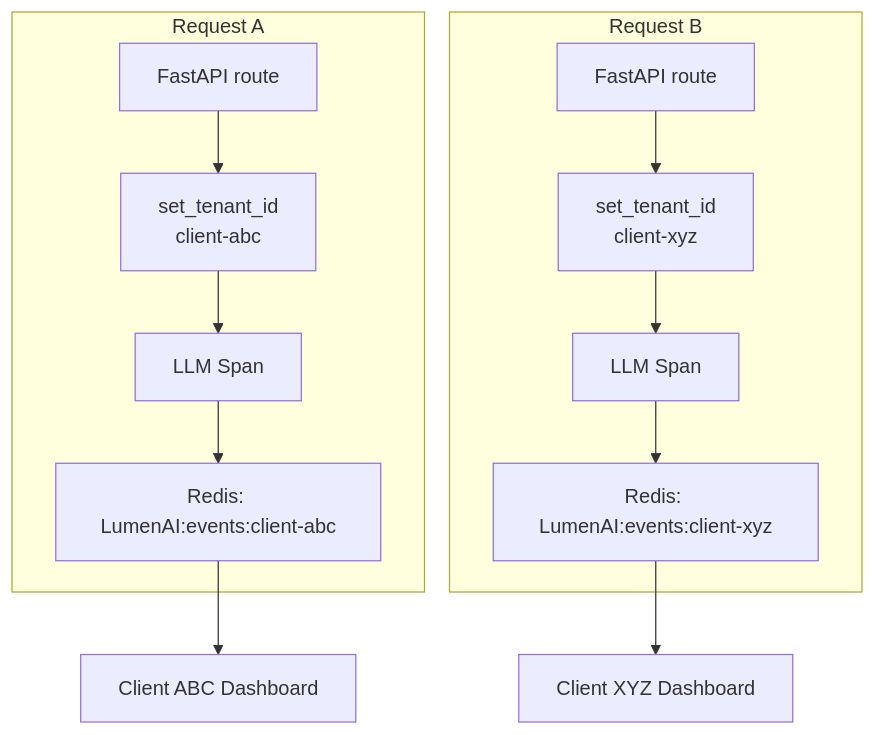
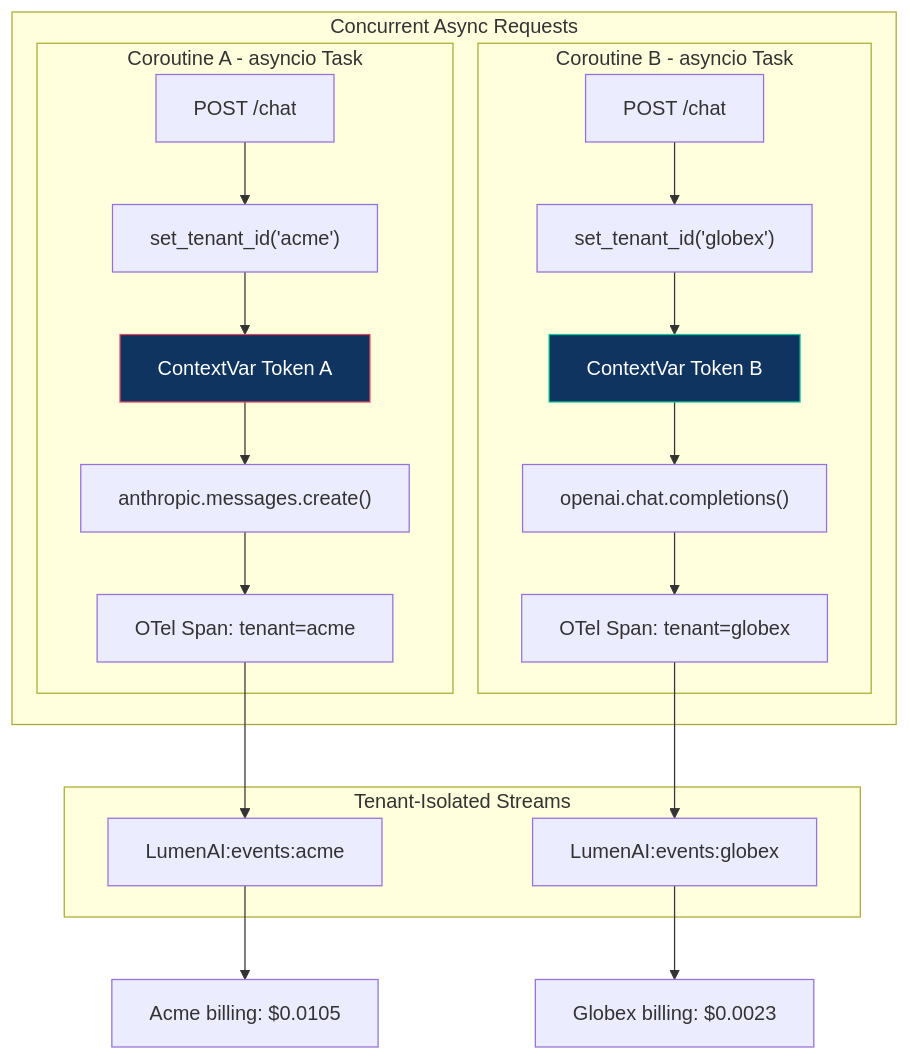
One commit to skarL007/-lumen-ai-sdk changed the third of 5 diagrams in packages/lumen-ai-celery/README.md. Above: the diagram before and after it, drawn with Mermaid. The commit also changed other lines of this file and 3 other files, not shown here.

Commit message:
docs: update README — PyPI live, technical diagrams, fix outdated sections

````diff
--- a/packages/lumen-ai-celery/README.md
+++ b/packages/lumen-ai-celery/README.md
@@ -146,19 +157,29 @@
 ```mermaid
 graph TD
-    subgraph "Request A"
-        A1["FastAPI route"] --> A2["set_tenant_id
-        client-abc"]
-        A2 --> A3["LLM Span"]
-        A3 --> A4["Redis: LumenAI:events:client-abc"]
+    subgraph "Concurrent Async Requests"
+        subgraph "Coroutine A - asyncio Task"
+            A1["POST /chat"] --> A2["set_tenant_id('acme')"]
+            A2 --> A3["ContextVar Token A"]
+            A3 --> A4["anthropic.messages.create()"]
+            A4 --> A5["OTel Span: tenant=acme"]
+        end
+
+        subgraph "Coroutine B - asyncio Task"
+            B1["POST /chat"] --> B2["set_tenant_id('globex')"]
+            B2 --> B3["ContextVar Token B"]
+            B3 --> B4["openai.chat.completions()"]
+            B4 --> B5["OTel Span: tenant=globex"]
+        end
     end
 
-    subgraph "Request B"
-        B1["FastAPI route"] --> B2["set_tenant_id
-        client-xyz"]
-        B2 --> B3["LLM Span"]
-        B3 --> B4["Redis: LumenAI:events:client-xyz"]
+    subgraph "Tenant-Isolated Streams"
+        A5 --> RA["LumenAI:events:acme"]
+        B5 --> RB["LumenAI:events:globex"]
     end
 
-    A4 --> A5["Client ABC Dashboard"]
-    B4 --> B5["Client XYZ Dashboard"]
+    RA --> DA["Acme billing: $0.0105"]
+    RB --> DB["Globex billing: $0.0023"]
+
+    style A3 fill:#0f3460,stroke:#e94560,color:#fff
+    style B3 fill:#0f3460,stroke:#16c79a,color:#fff
 ```
````
